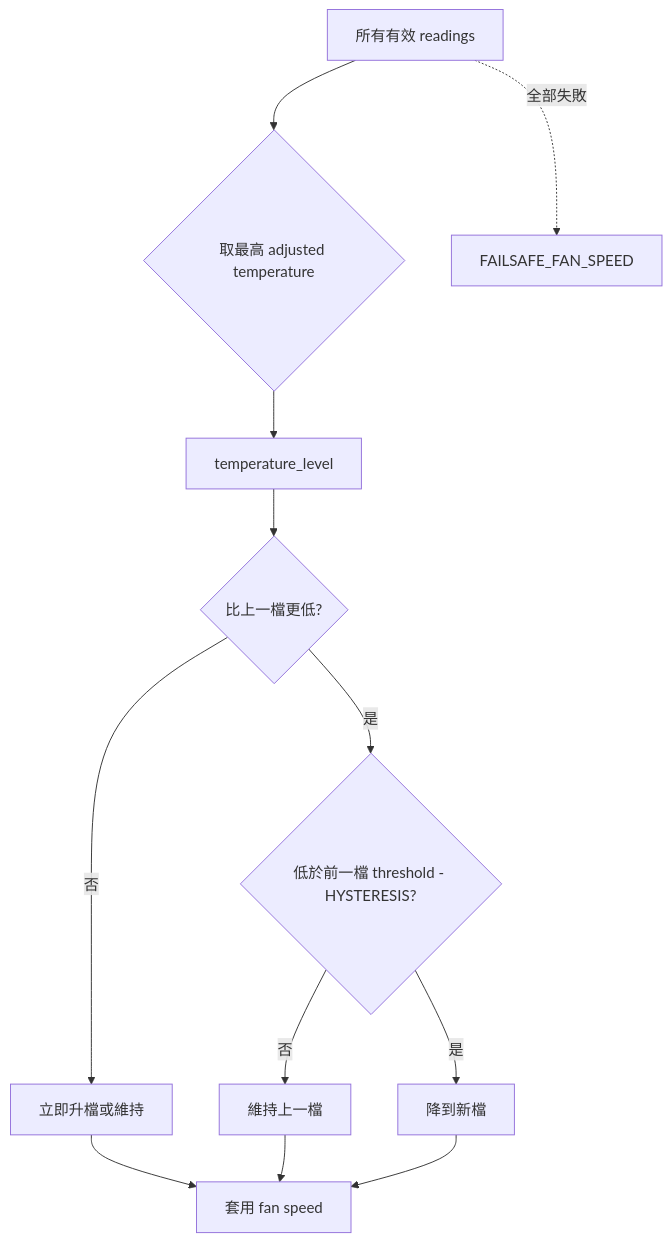
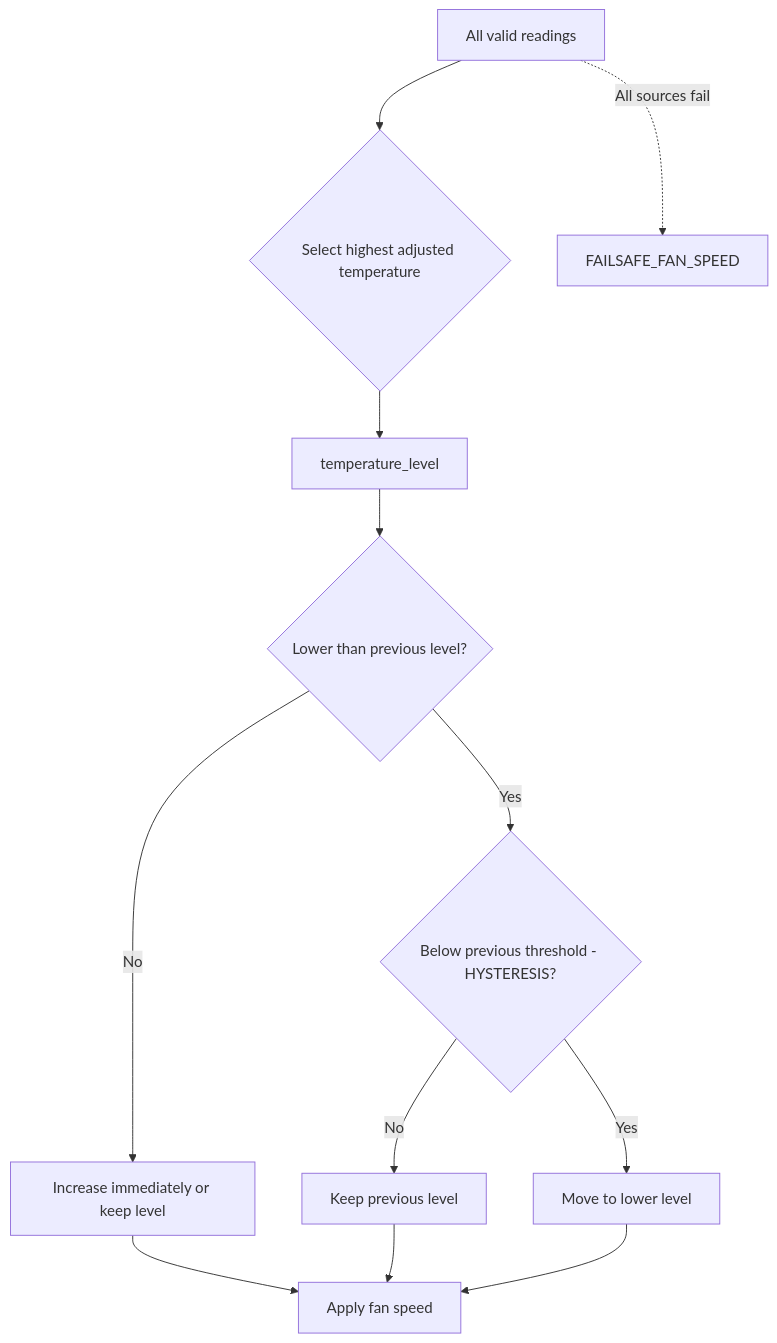
Before and after one commit to DF-wu/iDRACFanSpeedControl: the third of 3 diagrams in README.md, drawn with Mermaid. The commit also changed other lines of this file and 1 other file, not shown here.

````diff
--- a/README.md
+++ b/README.md
@@ -166,14 +168,14 @@
 ```mermaid
 flowchart TD
-    R[所有有效 readings] --> M{取最高 adjusted temperature}
+    R[All valid readings] --> M{Select highest adjusted temperature}
     M --> L[temperature_level]
-    L --> H{比上一檔更低?}
-    H -- 否 --> S[立即升檔或維持]
-    H -- 是 --> X{低於前一檔 threshold - HYSTERESIS?}
-    X -- 否 --> S2[維持上一檔]
-    X -- 是 --> S3[降到新檔]
-    S --> F[套用 fan speed]
+    L --> H{Lower than previous level?}
+    H -- No --> S[Increase immediately or keep level]
+    H -- Yes --> X{Below previous threshold - HYSTERESIS?}
+    X -- No --> S2[Keep previous level]
+    X -- Yes --> S3[Move to lower level]
+    S --> F[Apply fan speed]
     S2 --> F
     S3 --> F
-    R -. 全部失敗 .-> FS[FAILSAFE_FAN_SPEED]
+    R -. All sources fail .-> FS[FAILSAFE_FAN_SPEED]
 ```
````
